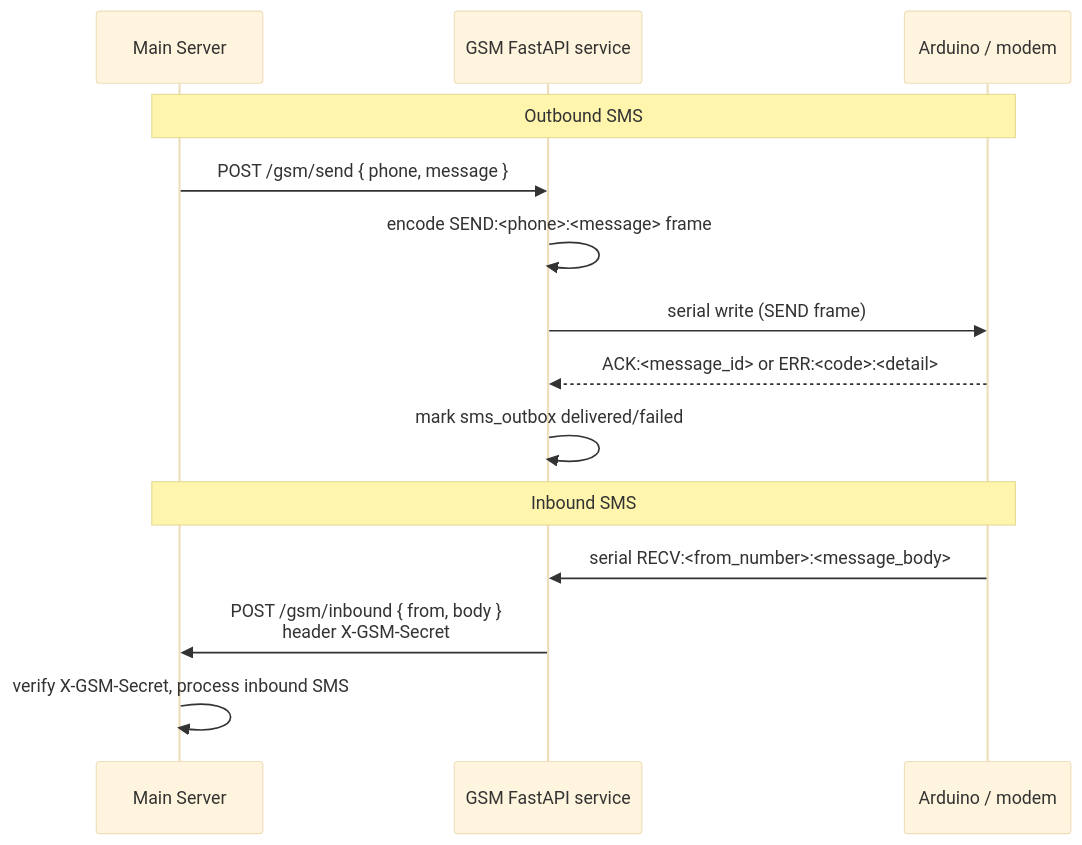
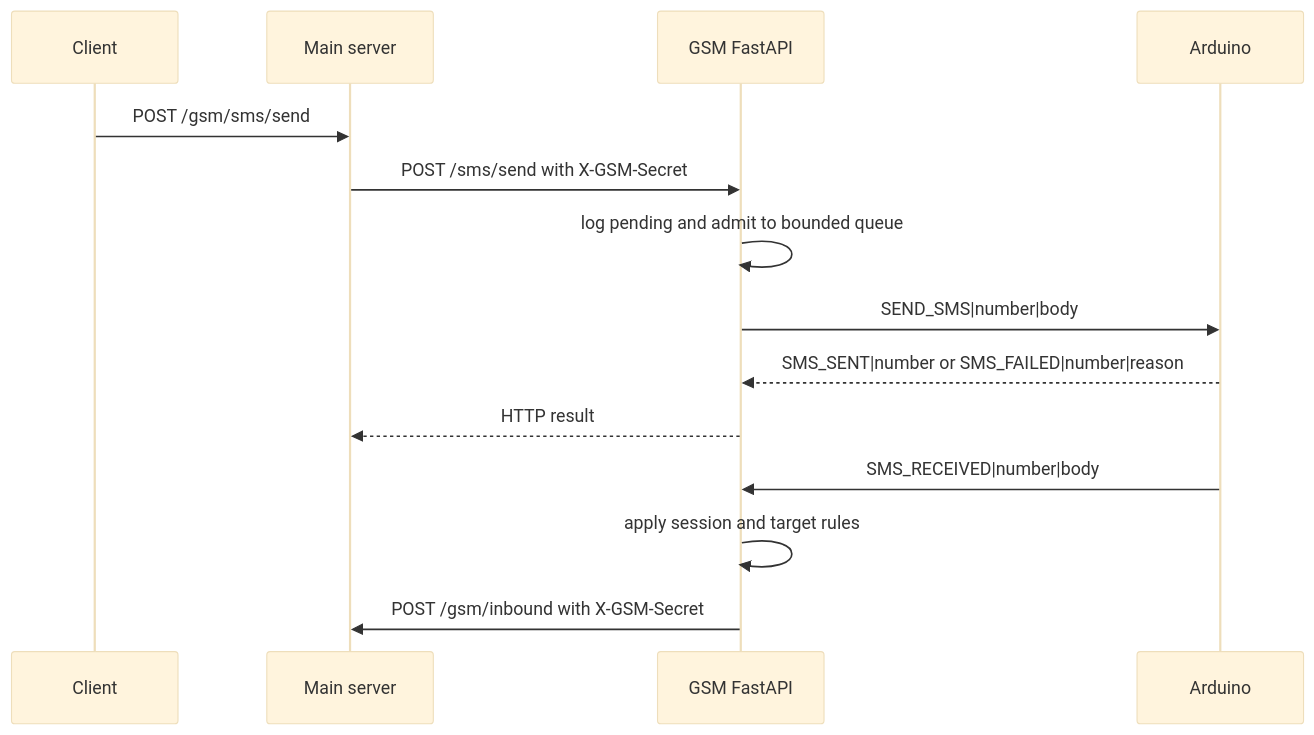
Before and after one commit to SAPOT-System/YLP-software: the diagram in docs/features/sms-gateway/design.md, drawn with Mermaid (base theme). The commit also changed other lines of this file and 75 other files, not shown here.

First line of the commit message:
fix(gsm): secure and harden SMS delivery (#362)

````diff
--- a/docs/features/sms-gateway/design.md
+++ b/docs/features/sms-gateway/design.md
@@ -31,18 +17,18 @@
 ```mermaid
 sequenceDiagram
-    participant Main as Main Server
-    participant GSM as GSM FastAPI service
-    participant Ard as Arduino / modem
+    participant Client
+    participant Main as Main server
+    participant GSM as GSM FastAPI
+    participant Arduino
 
-    Note over Main,Ard: Outbound SMS
-    Main->>GSM: POST /gsm/send { phone, message }
-    GSM->>GSM: encode SEND:<phone>:<message> frame
-    GSM->>Ard: serial write (SEND frame)
-    Ard-->>GSM: ACK:<message_id> or ERR:<code>:<detail>
-    GSM->>GSM: mark sms_outbox delivered/failed
+    Client->>Main: POST /gsm/sms/send
+    Main->>GSM: POST /sms/send with X-GSM-Secret
+    GSM->>GSM: log pending and admit to bounded queue
+    GSM->>Arduino: SEND_SMS|number|body
+    Arduino-->>GSM: SMS_SENT|number or SMS_FAILED|number|reason
+    GSM-->>Main: HTTP result
 
-    Note over Main,Ard: Inbound SMS
-    Ard->>GSM: serial RECV:<from_number>:<message_body>
-    GSM->>Main: POST /gsm/inbound { from, body }<br/>header X-GSM-Secret
-    Main->>Main: verify X-GSM-Secret, process inbound SMS
+    Arduino->>GSM: SMS_RECEIVED|number|body
+    GSM->>GSM: apply session and target rules
+    GSM->>Main: POST /gsm/inbound with X-GSM-Secret
 ```
````
